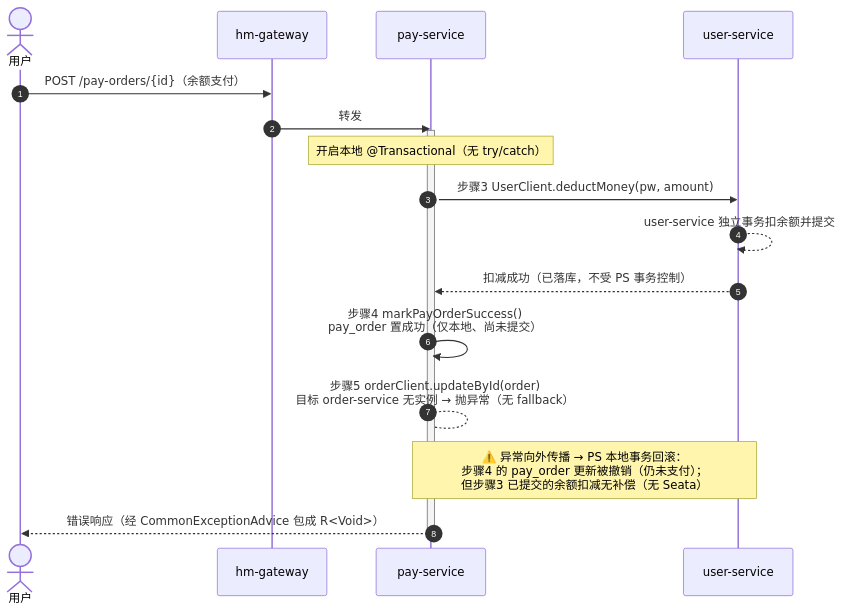
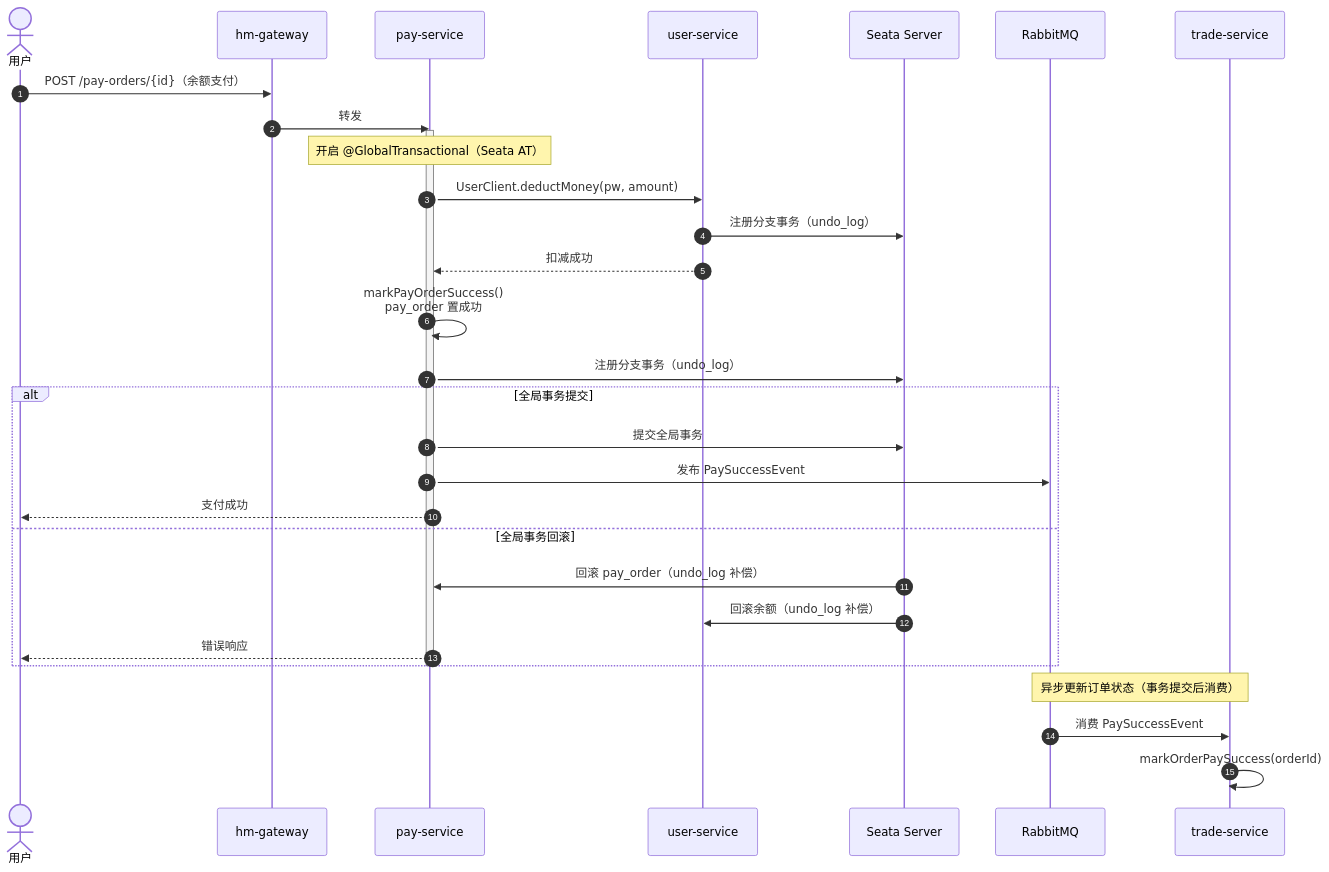
Before and after one commit to 3219378872/web-dev-experiment: the third of 3 diagrams in docs/structure/03-sequence-diagrams.md, drawn with Mermaid. The commit also changed other lines of this file and 4 other files, not shown here.

First line of the commit message:
docs: update structure diagrams for Seata/RabbitMQ/MinIO integration

````diff
--- a/docs/structure/03-sequence-diagrams.md
+++ b/docs/structure/03-sequence-diagrams.md
@@ -81,21 +99,35 @@
 ```mermaid
 sequenceDiagram
     autonumber
     actor U as 用户
     participant GW as hm-gateway
     participant PS as pay-service
     participant US as user-service
+    participant Seata as Seata Server
+    participant RMQ as RabbitMQ
+    participant TS as trade-service
 
     U->>GW: POST /pay-orders/{id}（余额支付）
     GW->>PS: 转发
     activate PS
-    Note over PS: 开启本地 @Transactional（无 try/catch）
-    PS->>US: 步骤3 UserClient.deductMoney(pw, amount)
-    US-->>US: user-service 独立事务扣余额并提交
-    US-->>PS: 扣减成功（已落库，不受 PS 事务控制）
-    PS->>PS: 步骤4 markPayOrderSuccess()<br/>pay_order 置成功（仅本地、尚未提交）
-    PS-->PS: 步骤5 orderClient.updateById(order)<br/>目标 order-service 无实例 → 抛异常（无 fallback）
-    Note over PS,US: ⚠️ 异常向外传播 → PS 本地事务回滚：<br/>步骤4 的 pay_order 更新被撤销（仍未支付）；<br/>但步骤3 已提交的余额扣减无补偿（无 Seata）
-    PS-->>U: 错误响应（经 CommonExceptionAdvice 包成 R<Void>）
+    Note over PS: 开启 @GlobalTransactional（Seata AT）
+    PS->>US: UserClient.deductMoney(pw, amount)
+    US->>Seata: 注册分支事务（undo_log）
+    US-->>PS: 扣减成功
+    PS->>PS: markPayOrderSuccess()<br/>pay_order 置成功
+    PS->>Seata: 注册分支事务（undo_log）
+    alt 全局事务提交
+        PS->>Seata: 提交全局事务
+        PS->>RMQ: 发布 PaySuccessEvent
+        PS-->>U: 支付成功
+    else 全局事务回滚
+        Seata->>PS: 回滚 pay_order（undo_log 补偿）
+        Seata->>US: 回滚余额（undo_log 补偿）
+        PS-->>U: 错误响应
+    end
     deactivate PS
+
+    Note over RMQ,TS: 异步更新订单状态（事务提交后消费）
+    RMQ->>TS: 消费 PaySuccessEvent
+    TS->>TS: markOrderPaySuccess(orderId)
 ```
````
